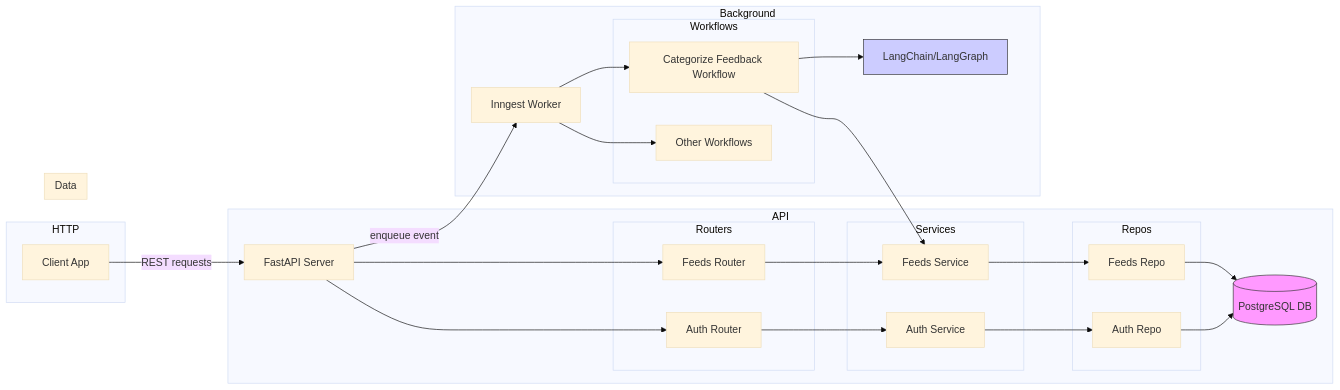
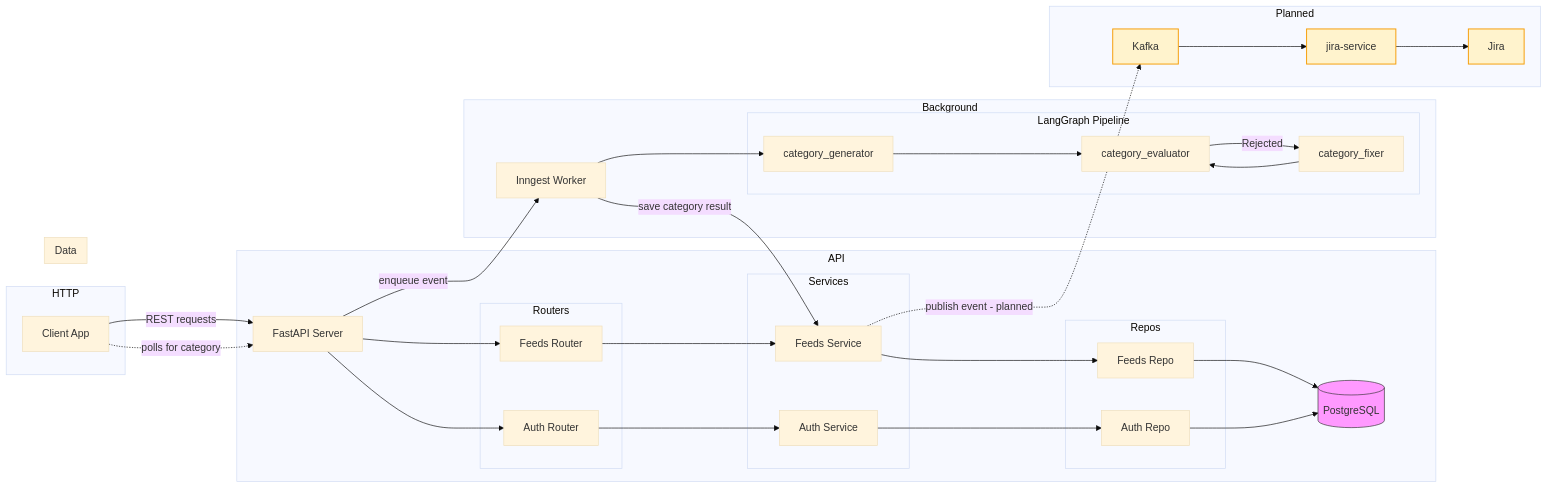
Before and after one commit to malempatiu/feedIQ: the second of 2 diagrams in README.md, drawn with Mermaid (base theme).

Commit message:
Revise architecture flowchart in README
Updated flowchart in README to reflect changes in the architecture, including renaming the PostgreSQL DB and restructuring background workflows.

````diff
--- a/README.md
+++ b/README.md
@@ -144,50 +144,65 @@
 ```mermaid
 flowchart LR
     subgraph HTTP
         A[Client App]
     end
+
     subgraph API
         B[FastAPI Server]
         subgraph Routers
             B1[Feeds Router]
             B2[Auth Router]
         end
         subgraph Services
             S1[Feeds Service]
             S2[Auth Service]
         end
         subgraph Repos
             R1[Feeds Repo]
             R2[Auth Repo]
         end
         B --> B1
         B --> B2
         B1 --> S1
         B2 --> S2
         S1 --> R1
         S2 --> R2
         R1 --> C
         R2 --> C
     end
+
     subgraph Data
-        C[(PostgreSQL DB)]
+        C[(PostgreSQL)]
     end
+
     subgraph Background
         D[Inngest Worker]
-        subgraph Workflows
-            D1[Categorize Feedback Workflow]
-            D2[Other Workflows]
+        subgraph LangGraph Pipeline
+            G[category_generator]
+            E[category_evaluator]
+            F[category_fixer]
+            G --> E
+            E -->|Rejected| F
+            F --> E
         end
-        D --> D1
-        D --> D2
-        D1 --> F[LangChain/LangGraph]
-        D1 --> S1
+        D --> G
+        D -->|save category result| S1
     end
+
+    subgraph Planned
+        K[Kafka]
+        J[jira-service]
+        JR[Jira]
+        K --> J --> JR
+    end
+
     A -->|REST requests| B
+    A -.->|polls for category| B
     B -->|enqueue event| D
+    S1 -.->|publish event - planned| K
 
     classDef storage fill:#f9f,stroke:#333,stroke-width:1px;
     class C storage
-    classDef external fill:#ccf,stroke:#333,stroke-width:1px;
-    class F external
+    classDef planned fill:#fff3cd,stroke:#f59e0b,stroke-width:1.5px;
+    class K,J,JR planned
 ```
````
